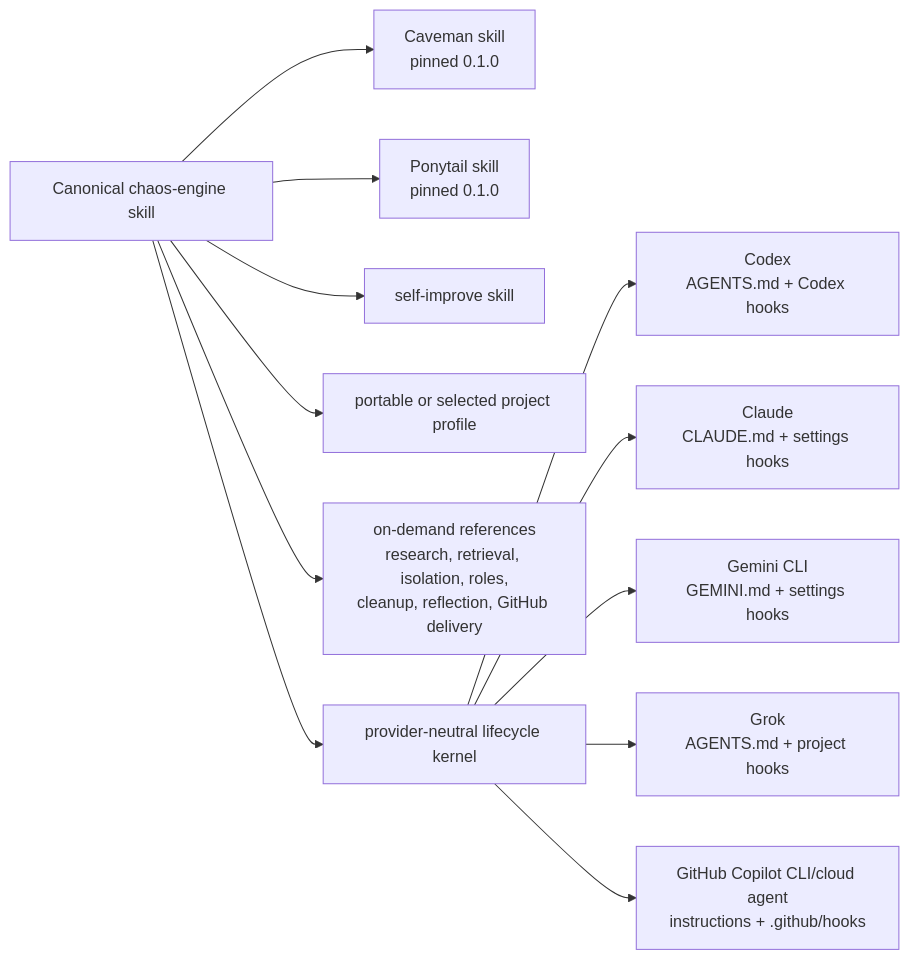
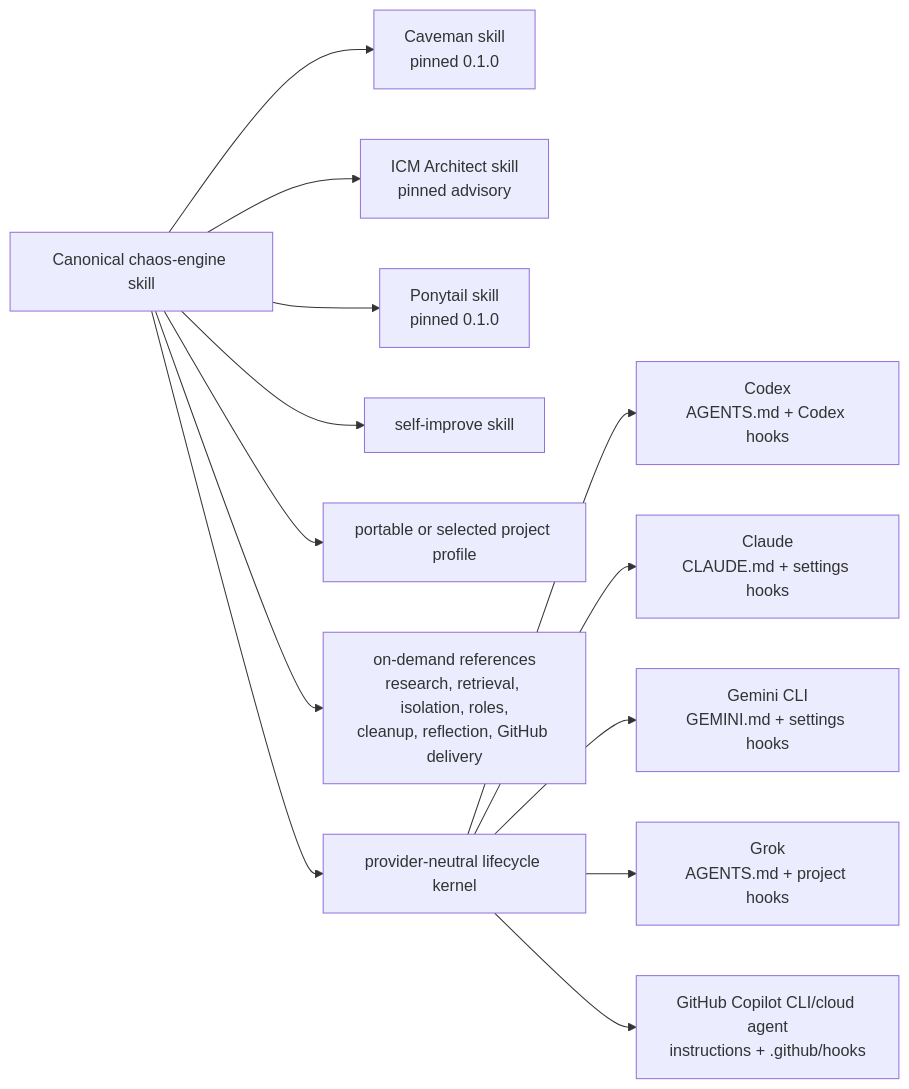
The third of 13 diagrams in chaos-engine/README.md (ShaftHQ/SHAFT_ENGINE), drawn with Mermaid before and after one commit. The commit also changed other lines of this file and 27 other files, not shown here.

First line of the commit message:
feat(chaos-engine): add ICM Architect installer-owned companion (#6001)

````diff
--- a/chaos-engine/README.md
+++ b/chaos-engine/README.md
@@ -356,16 +359,17 @@
 ```mermaid
 flowchart LR
     accTitle: Canonical host adapter topology
     accDescr: One canonical skill and kernel project thin guidance and lifecycle adapters into five supported hosts.
     K["Canonical chaos-engine skill"] --> C["Caveman skill<br/>pinned 0.1.0"]
+    K --> I["ICM Architect skill<br/>pinned advisory"]
     K --> P["Ponytail skill<br/>pinned 0.1.0"]
     K --> SI["self-improve skill"]
     K --> Profile["portable or selected project profile"]
     K --> Refs["on-demand references<br/>research, retrieval, isolation, roles,<br/>cleanup, reflection, GitHub delivery"]
     K --> Kernel["provider-neutral lifecycle kernel"]
     Kernel --> Codex["Codex<br/>AGENTS.md + Codex hooks"]
     Kernel --> Claude["Claude<br/>CLAUDE.md + settings hooks"]
     Kernel --> Gemini["Gemini CLI<br/>GEMINI.md + settings hooks"]
     Kernel --> Grok["Grok<br/>AGENTS.md + project hooks"]
     Kernel --> Copilot["GitHub Copilot CLI/cloud agent<br/>instructions + .github/hooks"]
 ```
````
